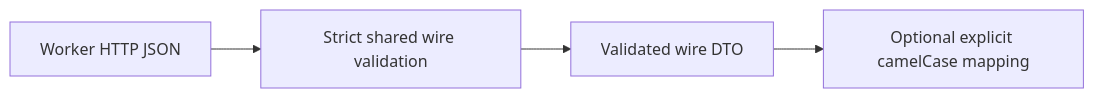
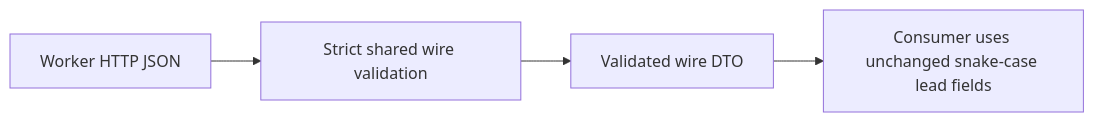
One commit to SlamTheDragon/vrc-package-crawler changed the second of 2 diagrams in docs/research/audits/API_CONTRACT_REVIEW.md. Above: the diagram before and after it, drawn with Mermaid. The commit also changed other lines of this file and 136 other files, not shown here.

````diff
--- a/docs/research/audits/API_CONTRACT_REVIEW.md
+++ b/docs/research/audits/API_CONTRACT_REVIEW.md
@@ -104,6 +106,6 @@
 ```mermaid
 flowchart LR
   A[Worker HTTP JSON] --> B[Strict shared wire validation]
   B --> C[Validated wire DTO]
-  C --> D[Optional explicit camelCase mapping]
+  C --> D[Consumer uses unchanged snake-case lead fields]
 ```
````
